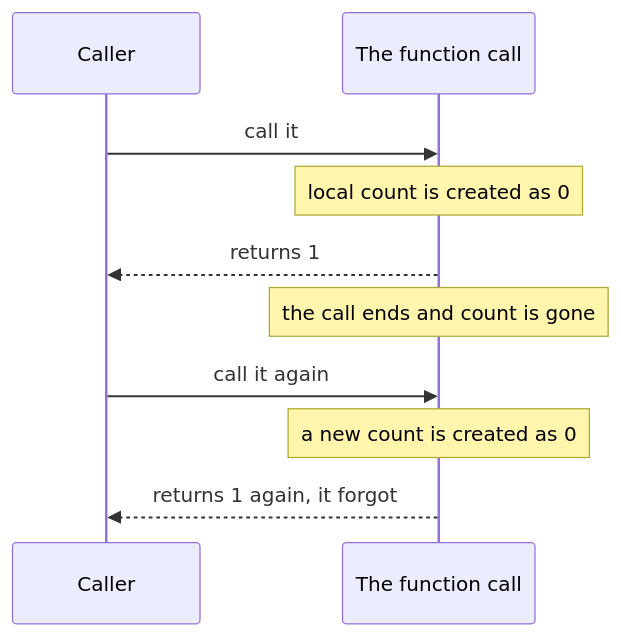
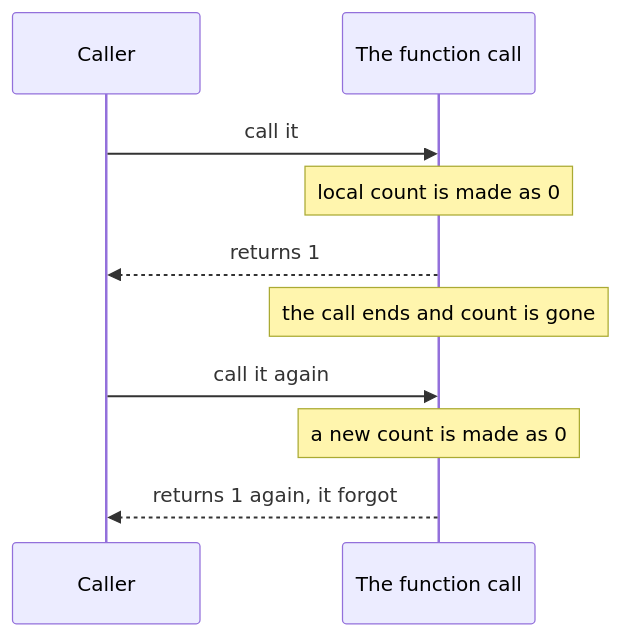
The second of 12 diagrams in learn/javascript/05-closures.md (starjustice/research-material), drawn with Mermaid before and after one commit. The commit also changed other lines of this file and 10 other files, not shown here.

````diff
--- a/learn/javascript/05-closures.md
+++ b/learn/javascript/05-closures.md
@@ -44,12 +42,12 @@
 ```mermaid
 sequenceDiagram
     participant C as Caller
     participant F as The function call
     C->>F: call it
-    Note over F: local count is created as 0
+    Note over F: local count is made as 0
     F-->>C: returns 1
     Note over F: the call ends and count is gone
     C->>F: call it again
-    Note over F: a new count is created as 0
+    Note over F: a new count is made as 0
     F-->>C: returns 1 again, it forgot
 ```
````
